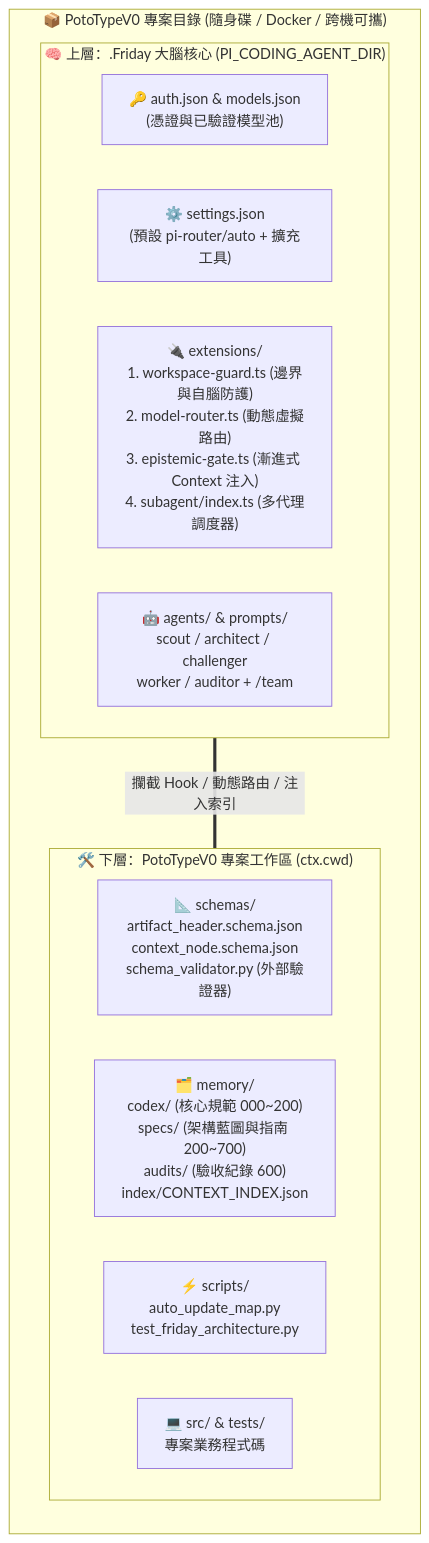
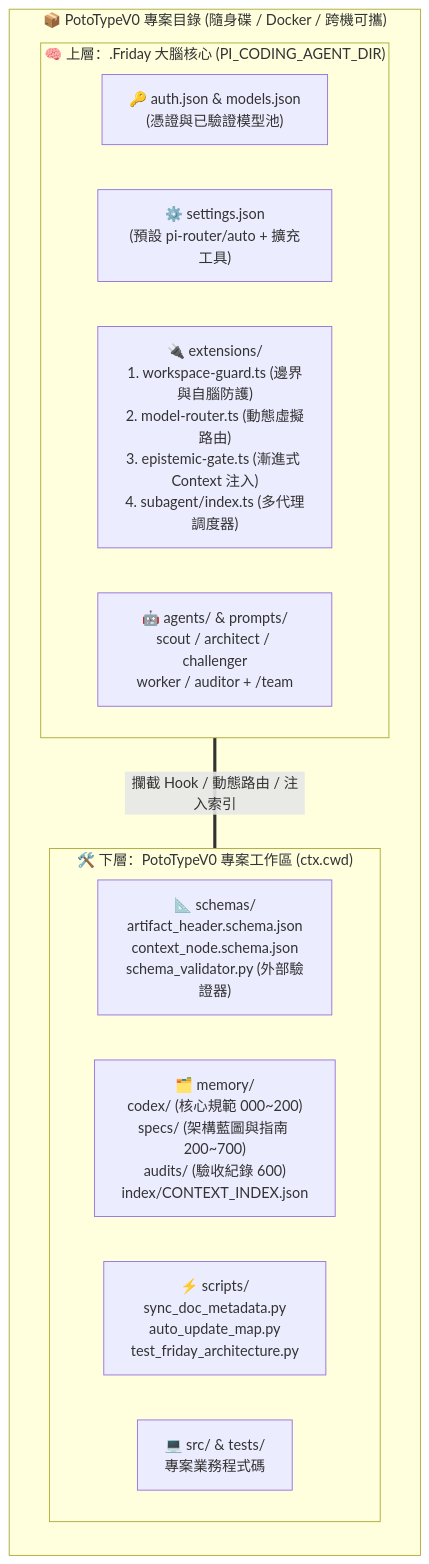
Before and after one commit to joinblue/pi-prism: the diagram in memory/specs/700_HARNESS_BLUEPRINT.md, drawn with Mermaid. The commit also changed other lines of this file and 10 other files, not shown here.

````diff
--- a/memory/specs/700_HARNESS_BLUEPRINT.md
+++ b/memory/specs/700_HARNESS_BLUEPRINT.md
@@ -70,23 +71,23 @@
 ```mermaid
 flowchart TB
     subgraph PortableProject["📦 PotoTypeV0 專案目錄 (隨身碟 / Docker / 跨機可攜)"]
         direction TB
         subgraph BrainLayer["🧠 上層：.Friday 大腦核心 (PI_CODING_AGENT_DIR)"]
             direction LR
             Auth["🔑 auth.json & models.json<br/>(憑證與已驗證模型池)"]
             Settings["⚙️ settings.json<br/>(預設 pi-router/auto + 擴充工具)"]
             Exts["🔌 extensions/<br/>1. workspace-guard.ts (邊界與自腦防護)<br/>2. model-router.ts (動態虛擬路由)<br/>3. epistemic-gate.ts (漸進式 Context 注入)<br/>4. subagent/index.ts (多代理調度器)"]
             Agents["🤖 agents/ & prompts/<br/>scout / architect / challenger<br/>worker / auditor + /team"]
         end
 
         subgraph WorkspaceLayer["🛠️ 下層：PotoTypeV0 專案工作區 (ctx.cwd)"]
             direction LR
             Schemas["📐 schemas/<br/>artifact_header.schema.json<br/>context_node.schema.json<br/>schema_validator.py (外部驗證器)"]
             Memory["🗂️ memory/<br/>codex/ (核心規範 000~200)<br/>specs/ (架構藍圖與指南 200~700)<br/>audits/ (驗收紀錄 600)<br/>index/CONTEXT_INDEX.json"]
-            Scripts["⚡ scripts/<br/>auto_update_map.py<br/>test_friday_architecture.py"]
+            Scripts["⚡ scripts/<br/>sync_doc_metadata.py<br/>auto_update_map.py<br/>test_friday_architecture.py"]
             Src["💻 src/ & tests/<br/>專案業務程式碼"]
         end
     end
 
     BrainLayer ===|"攔截 Hook / 動態路由 / 注入索引"| WorkspaceLayer
 ```
````
